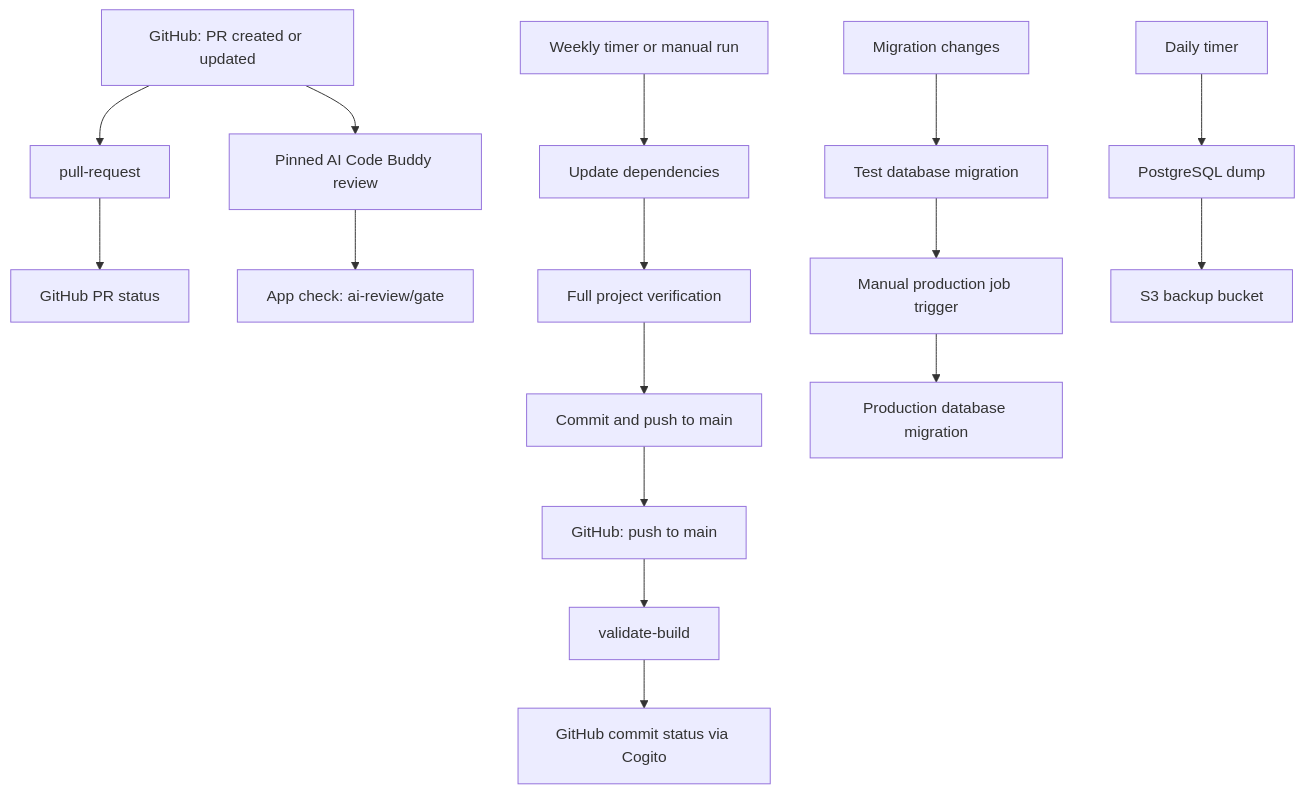
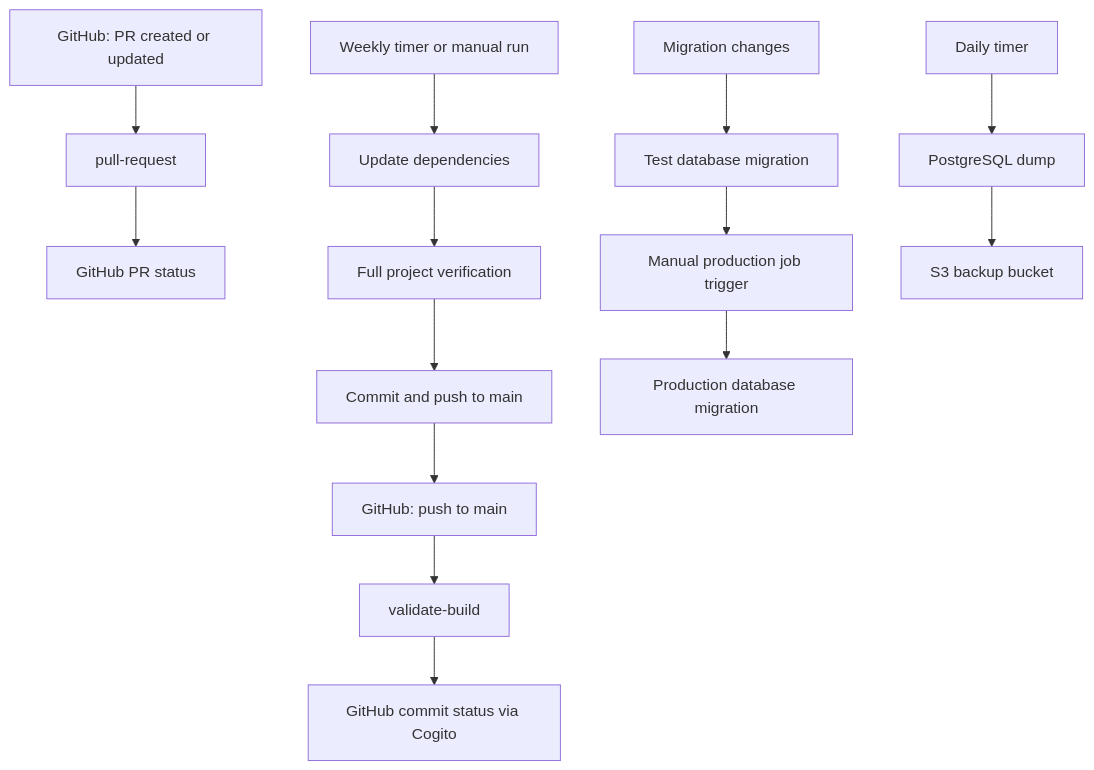
The diagram in apps/documentation/docs/ci/architecture.md (BudgetBuddyDE/BudgetBuddyDE), drawn with Mermaid before and after one commit. The commit also changed other lines of this file and 12 other files, not shown here.

````diff
--- a/apps/documentation/docs/ci/architecture.md
+++ b/apps/documentation/docs/ci/architecture.md
@@ -50,21 +42,18 @@
 ```mermaid
 flowchart TD
   main["GitHub: push to main"] --> validation["validate-build"]
   validation --> commitStatus["GitHub commit status via Cogito"]
   pr["GitHub: PR created or updated"] --> prValidation["pull-request"]
   prValidation --> prStatus["GitHub PR status"]
-  pr --> aiReview["Pinned AI Code Buddy review"]
-  aiReview --> aiGate["App check: ai-review/gate"]
-
   weekly["Weekly timer or manual run"] --> dependencies["Update dependencies"]
   dependencies --> verification["Full project verification"]
   verification --> push["Commit and push to main"]
   push --> main
 
   migrations["Migration changes"] --> testMigration["Test database migration"]
   testMigration --> approval["Manual production job trigger"]
   approval --> prodMigration["Production database migration"]
 
   daily["Daily timer"] --> dump["PostgreSQL dump"]
   dump --> s3["S3 backup bucket"]
 ```
````
